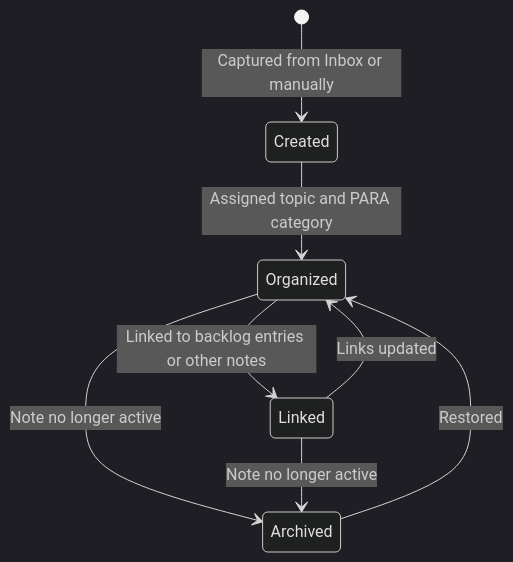
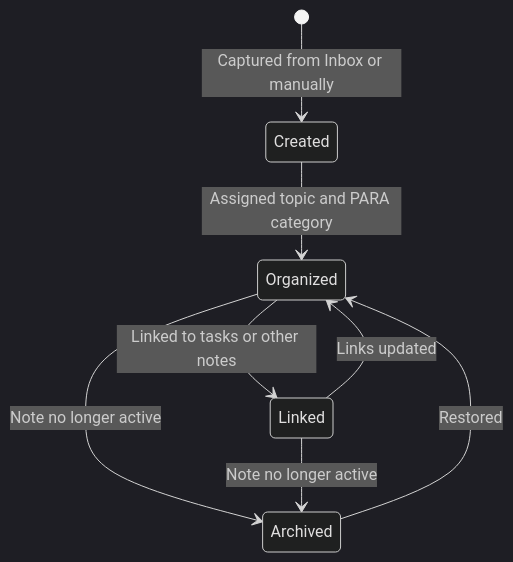
The diagram in .domain/second-brain/flow.md (JSdotNet/Backlog), drawn with Mermaid (dark theme) before and after one commit. The commit also changed 364 other files, not shown here.

````diff
--- a/.domain/second-brain/flow.md
+++ b/.domain/second-brain/flow.md
@@ -14,10 +14,10 @@
 ```mermaid
 stateDiagram-v2
     [*] --> Created : Captured from Inbox or manually
     Created --> Organized : Assigned topic and PARA category
-    Organized --> Linked : Linked to backlog entries or other notes
+    Organized --> Linked : Linked to tasks or other notes
     Linked --> Organized : Links updated
     Organized --> Archived : Note no longer active
     Linked --> Archived : Note no longer active
     Archived --> Organized : Restored
 ```
````
